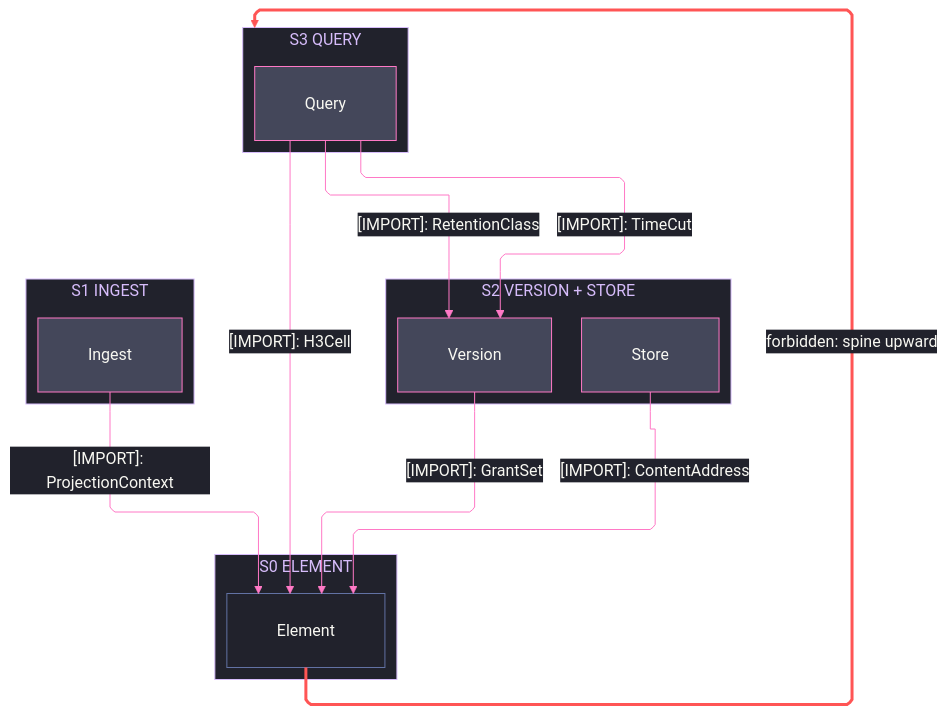
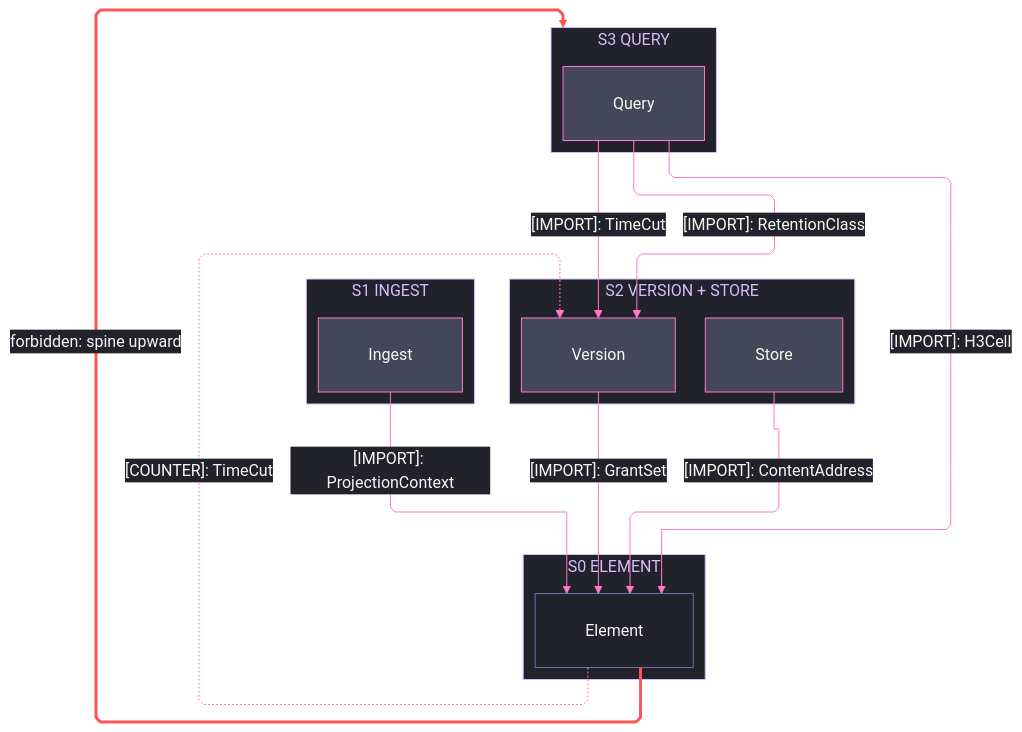
Before and after one commit to bsamiee/Rasm: the first of 4 diagrams in libs/csharp/Rasm.Persistence/ARCHITECTURE.md, drawn with Mermaid. The commit also changed 9 other files, not shown here.

Commit message:
architecture: CR finding fixes

````diff
--- a/libs/csharp/Rasm.Persistence/ARCHITECTURE.md
+++ b/libs/csharp/Rasm.Persistence/ARCHITECTURE.md
@@ -53,59 +53,60 @@
 ```mermaid
 ---
 config:
   theme: base
   look: classic
   layout: elk
   flowchart:
     curve: linear
     padding: 25
   themeVariables:
     darkMode: true
     fontFamily: "SF Mono, Menlo, Cascadia Mono, Segoe UI Mono, Consolas, monospace"
     useGradient: false
     dropShadow: "none"
     background: "#282A36"
     primaryColor: "#44475A"
     primaryTextColor: "#F8F8F2"
     primaryBorderColor: "#BD93F9"
     lineColor: "#FF79C6"
     textColor: "#F8F8F2"
     clusterBkg: "#21222C"
     clusterBorder: "#D6BCFA"
     edgeLabelBackground: "#21222C"
     labelBackgroundColor: "#21222C"
     titleColor: "#D6BCFA"
   themeCSS: ".nodeLabel{font-size:13px;font-weight:500}.edgeLabel{font-size:12px;font-weight:500}.cluster-label .nodeLabel{font-size:13.5px;font-weight:700;letter-spacing:.08em}.edge-thickness-normal{stroke-width:2px}.edge-thickness-thick{stroke-width:3px}.edge-pattern-dashed,.edge-pattern-dotted{stroke-width:1.5px;stroke-dasharray:4 6}.node rect,.node circle,.node polygon,.node path,.node .outer-path{stroke-width:1.5px;filter:none!important}.cluster rect{stroke-width:1px!important;stroke-dasharray:5 4!important;filter:none!important}.marker path{transform:scale(.8);transform-origin:5px 5px}.marker circle{transform:scale(.48);transform-origin:5px 5px}.edgeLabel rect{transform-box:fill-box;transform-origin:center;transform:scale(1.1,1.2)}"
 ---
 flowchart TB
     accTitle: Rasm.Persistence interior strata
-    accDescr: Four stacked strata from the query read lanes through the coupled version-and-store tier and the ingest codecs onto the element system-of-record spine, every consumption edge downward and solid naming one sourced type, and one forbidden upward edge styled red.
+    accDescr: Four stacked strata from the query read lanes through the coupled version-and-store tier and the ingest codecs onto the element system-of-record spine, every consumption edge downward and solid naming one sourced type, one dashed ruled counter-edge carrying the ReadAsOf TimeCut payload upward from Element to Version, and one forbidden upward edge styled red.
     subgraph L3["S3 QUERY"]
         Query[Query]
     end
     subgraph L2["S2 VERSION + STORE"]
         Version[Version]
         Store[Store]
     end
     subgraph L1["S1 INGEST"]
         Ingest[Ingest]
     end
     subgraph L0["S0 ELEMENT"]
         Element[Element]
     end
     Query e1@-->|"[IMPORT]: TimeCut"| Version
     Query e2@-->|"[IMPORT]: RetentionClass"| Version
     Query e3@-->|"[IMPORT]: H3Cell"| Element
     Version e4@-->|"[IMPORT]: GrantSet"| Element
     Store e5@-->|"[IMPORT]: ContentAddress"| Element
     Ingest e6@-->|"[IMPORT]: ProjectionContext"| Element
+    Element e7@-.->|"[COUNTER]: TimeCut"| Version
     Element f1@-->|"forbidden: spine upward"| L3
     classDef primary fill:#44475A,stroke:#FF79C6,color:#F8F8F2
     classDef recessed fill:#21222C,stroke:#6272A4,color:#F8F8F2
     classDef edgeControl stroke:#FF79C6,color:#F8F8F2
     classDef edgeError stroke:#FF5555,stroke-width:3px,color:#F8F8F2
     class Query,Version,Store,Ingest primary
     class Element recessed
-    class e1,e2,e3,e4,e5,e6 edgeControl
+    class e1,e2,e3,e4,e5,e6,e7 edgeControl
     class f1 edgeError
 ```
````
